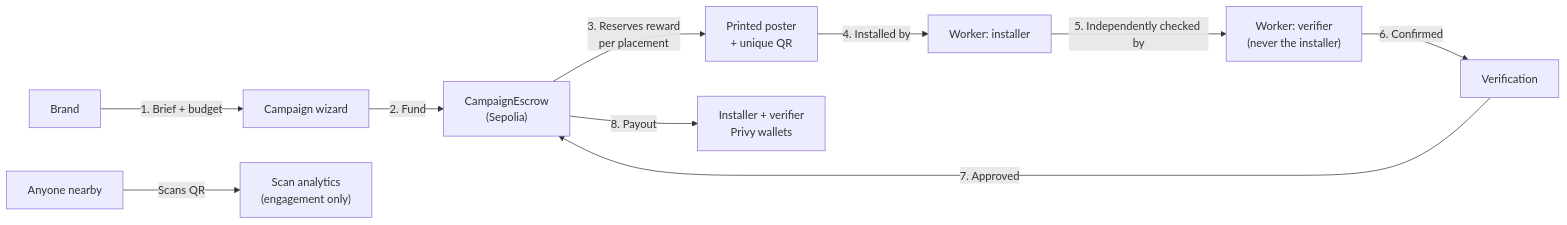
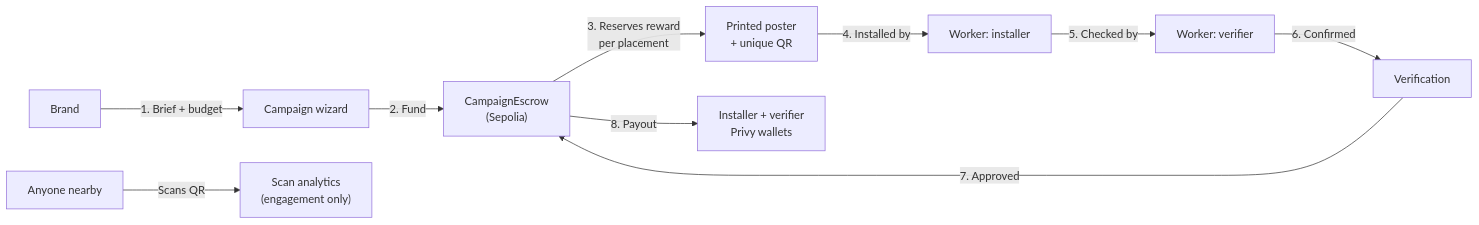
One commit to harshalbhangale/ethonline2026 changed the first of 3 diagrams in README.md. Above: the diagram before and after it, drawn with Mermaid. The commit also changed other lines of this file, not shown here.

````diff
--- a/README.md
+++ b/README.md
@@ -18,12 +18,12 @@
 ```mermaid
 flowchart LR
     Brand["Brand"] -->|"1. Brief + budget"| Wizard["Campaign wizard"]
     Wizard -->|"2. Fund"| Escrow["CampaignEscrow<br/>(Sepolia)"]
     Escrow -->|"3. Reserves reward<br/>per placement"| Poster["Printed poster<br/>+ unique QR"]
     Poster -->|"4. Installed by"| Installer["Worker: installer"]
-    Installer -->|"5. Independently checked by"| Verifier["Worker: verifier<br/>(never the installer)"]
+    Installer -->|"5. Checked by"| Verifier["Worker: verifier"]
     Verifier -->|"6. Confirmed"| Verify["Verification"]
     Verify -->|"7. Approved"| Escrow
     Escrow -->|"8. Payout"| Wallets["Installer + verifier<br/>Privy wallets"]
     Public["Anyone nearby"] -->|"Scans QR"| Analytics["Scan analytics<br/>(engagement only)"]
 ```
````
